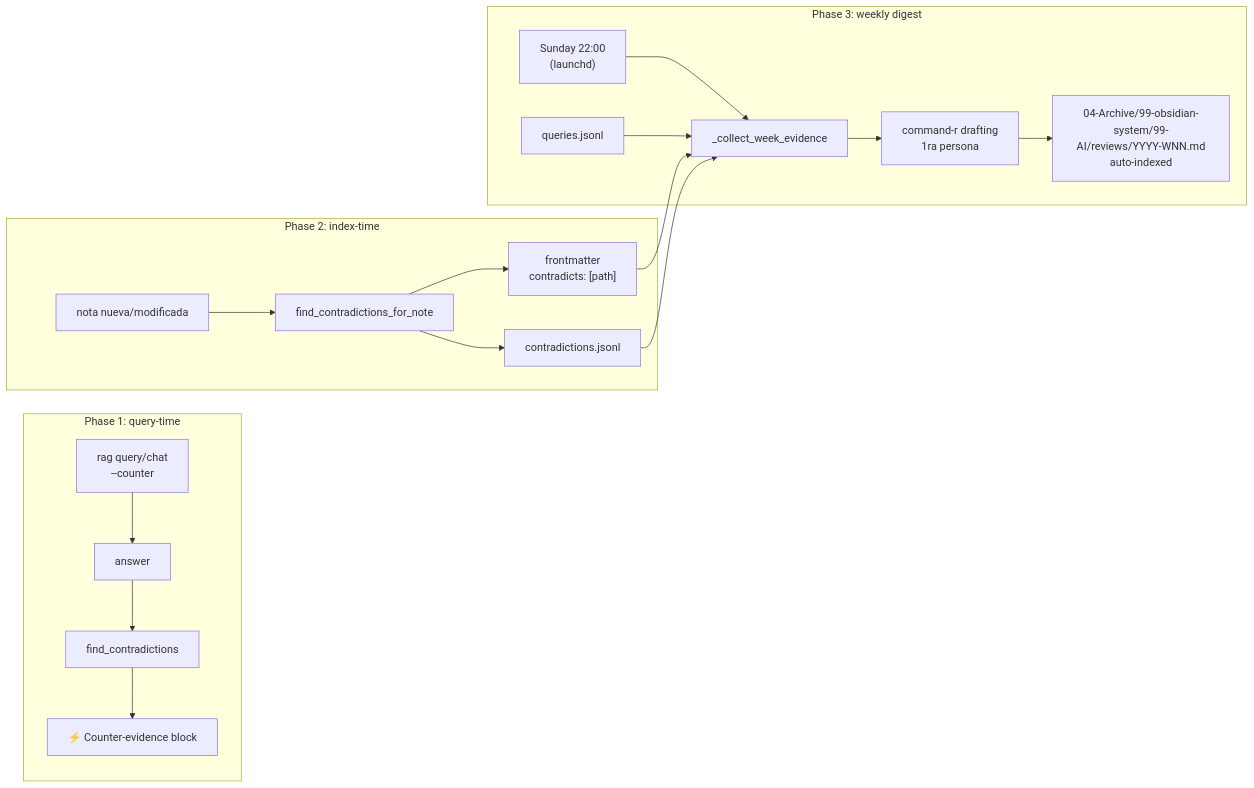
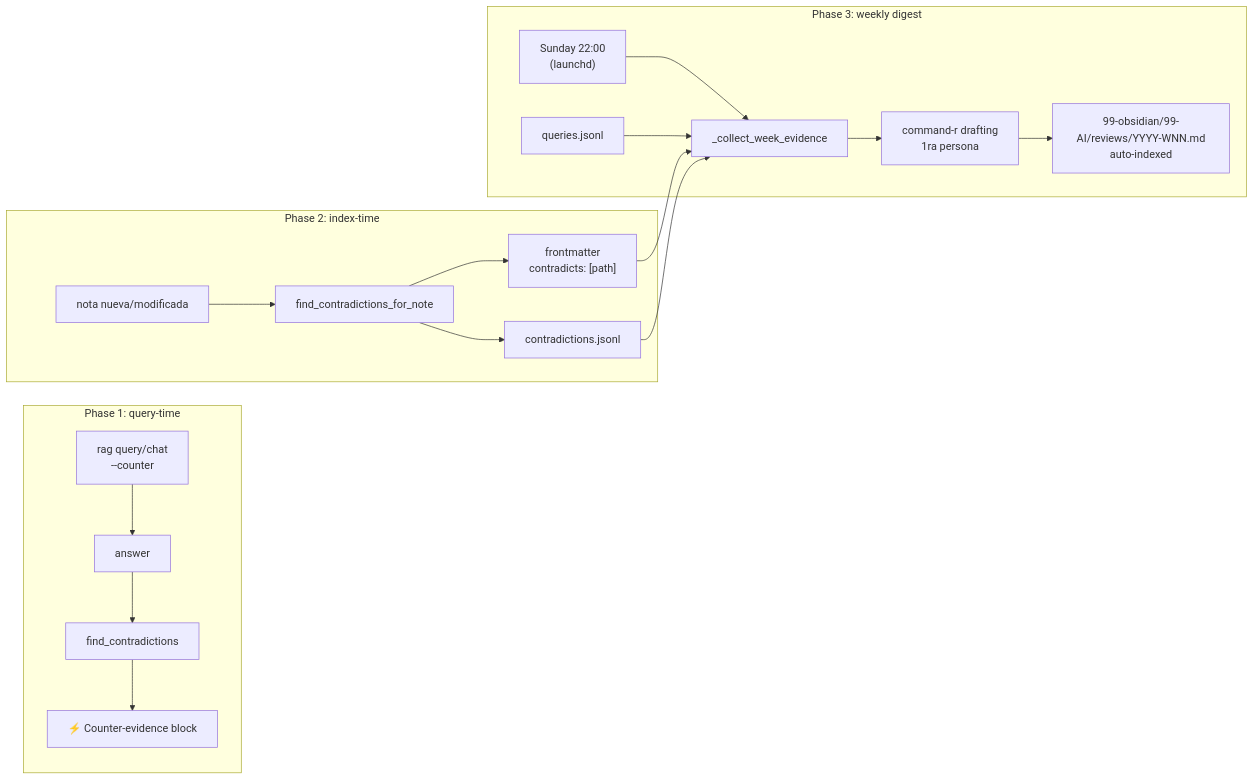
The fourth of 5 diagrams in README.md (jagoff/rag-obsidian), drawn with Mermaid before and after one commit. The commit also changed other lines of this file and 85 other files, not shown here.

````diff
--- a/README.md
+++ b/README.md
@@ -260,21 +260,21 @@
 ```mermaid
 flowchart LR
     subgraph P1[Phase 1: query-time]
         Q[rag query/chat<br/>--counter] --> A[answer]
         A --> Find1[find_contradictions]
         Find1 --> Render[⚡ Counter-evidence block]
     end
     subgraph P2[Phase 2: index-time]
         Edit[nota nueva/modificada] --> Find2[find_contradictions_for_note]
         Find2 --> FM["frontmatter<br/>contradicts: [path]"]
         Find2 --> JSONL[contradictions.jsonl]
     end
     subgraph P3[Phase 3: weekly digest]
         Cron["Sunday 22:00<br/>(launchd)"] --> Collect[_collect_week_evidence]
         FM --> Collect
         JSONL --> Collect
         QLogD[queries.jsonl] --> Collect
         Collect --> Draft[command-r drafting<br/>1ra persona]
-        Draft --> Note[04-Archive/99-obsidian-system/99-AI/reviews/YYYY-WNN.md<br/>auto-indexed]
+        Draft --> Note[99-obsidian/99-AI/reviews/YYYY-WNN.md<br/>auto-indexed]
     end
 ```
````
